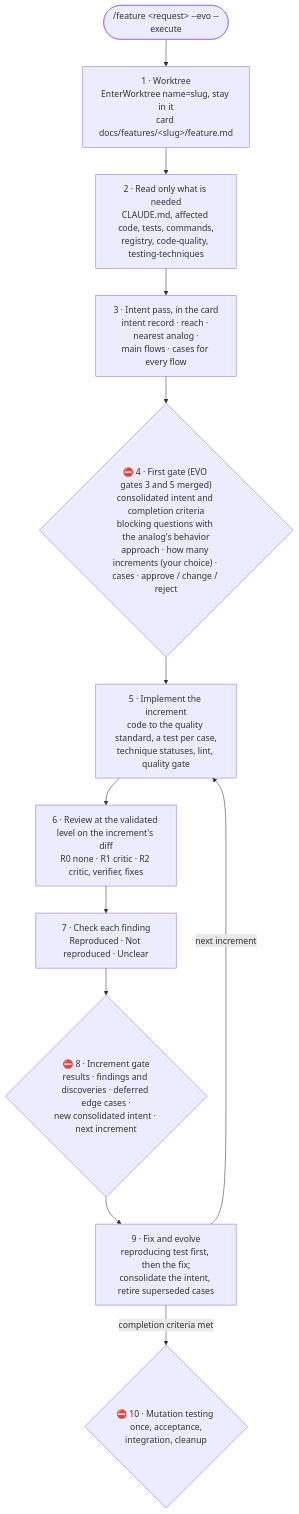
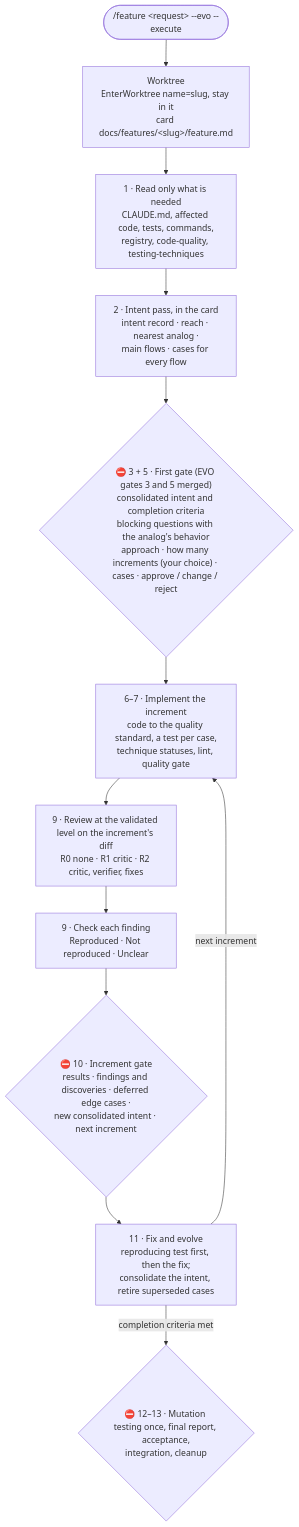
One commit to mariopedemonte12/claude-feature-workflow changed the diagram in docs/executor.md. Above: the diagram before and after it, drawn with Mermaid. The commit also changed other lines of this file and 15 other files, not shown here.

Commit message:
revision-general: increment 3 fixes (critic round 2, tests)

````diff
--- a/docs/executor.md
+++ b/docs/executor.md
@@ -24,14 +24,14 @@
 ```mermaid
 flowchart TB
-    R(["/feature &lt;request&gt; --evo --execute"]) --> W["1 · Worktree<br/>EnterWorktree name=slug, stay in it<br/>card docs/features/&lt;slug&gt;/feature.md"]
-    W --> RD["2 · Read only what is needed<br/>CLAUDE.md, affected code, tests, commands,<br/>registry, code-quality, testing-techniques"]
-    RD --> SP["3 · Intent pass, in the card<br/>intent record · reach · nearest analog ·<br/>main flows · cases for every flow"]
-    SP --> G1{"⛔ 4 · First gate (EVO gates 3 and 5 merged)<br/>consolidated intent and completion criteria<br/>blocking questions with the analog's behavior<br/>approach · how many increments (your choice) · cases · approve / change / reject"}
-    G1 --> IM["5 · Implement the increment<br/>code to the quality standard, a test per case,<br/>technique statuses, lint, quality gate"]
-    IM --> CR["6 · Review at the validated level on the increment's diff<br/>R0 none · R1 critic · R2 critic, verifier, fixes"]
-    CR --> CK["7 · Check each finding<br/>Reproduced · Not reproduced · Unclear"]
-    CK --> G2{"⛔ 8 · Increment gate<br/>results · findings and discoveries · deferred edge cases ·<br/>new consolidated intent · next increment"}
-    G2 --> FX["9 · Fix and evolve<br/>reproducing test first, then the fix;<br/>consolidate the intent, retire superseded cases"]
+    R(["/feature &lt;request&gt; --evo --execute"]) --> W["Worktree<br/>EnterWorktree name=slug, stay in it<br/>card docs/features/&lt;slug&gt;/feature.md"]
+    W --> RD["1 · Read only what is needed<br/>CLAUDE.md, affected code, tests, commands,<br/>registry, code-quality, testing-techniques"]
+    RD --> SP["2 · Intent pass, in the card<br/>intent record · reach · nearest analog ·<br/>main flows · cases for every flow"]
+    SP --> G1{"⛔ 3 + 5 · First gate (EVO gates 3 and 5 merged)<br/>consolidated intent and completion criteria<br/>blocking questions with the analog's behavior<br/>approach · how many increments (your choice) · cases · approve / change / reject"}
+    G1 --> IM["6–7 · Implement the increment<br/>code to the quality standard, a test per case,<br/>technique statuses, lint, quality gate"]
+    IM --> CR["9 · Review at the validated level on the increment's diff<br/>R0 none · R1 critic · R2 critic, verifier, fixes"]
+    CR --> CK["9 · Check each finding<br/>Reproduced · Not reproduced · Unclear"]
+    CK --> G2{"⛔ 10 · Increment gate<br/>results · findings and discoveries · deferred edge cases ·<br/>new consolidated intent · next increment"}
+    G2 --> FX["11 · Fix and evolve<br/>reproducing test first, then the fix;<br/>consolidate the intent, retire superseded cases"]
     FX -->|"next increment"| IM
-    FX -->|"completion criteria met"| G3{"⛔ 10 · Mutation testing once, acceptance,<br/>integration, cleanup"}
+    FX -->|"completion criteria met"| G3{"⛔ 12–13 · Mutation testing once, final report, acceptance,<br/>integration, cleanup"}
 ```
````
